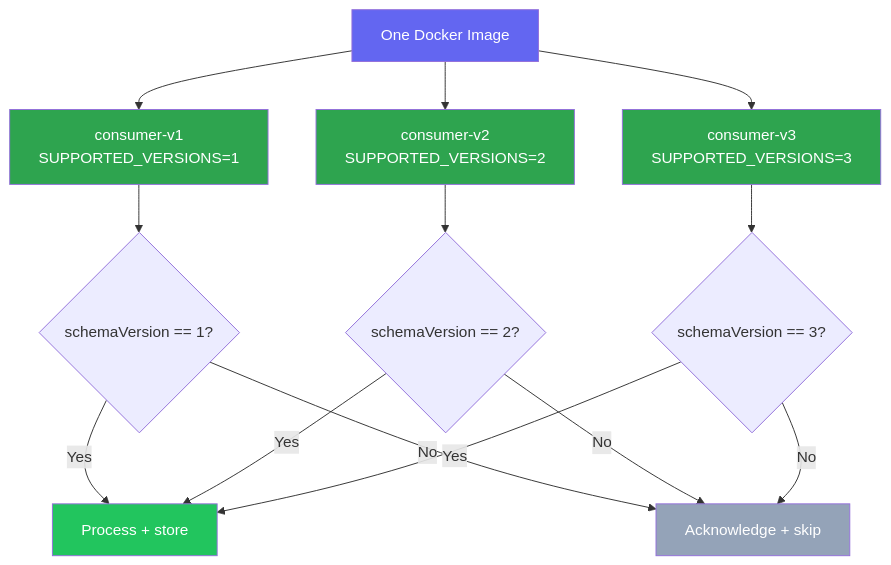
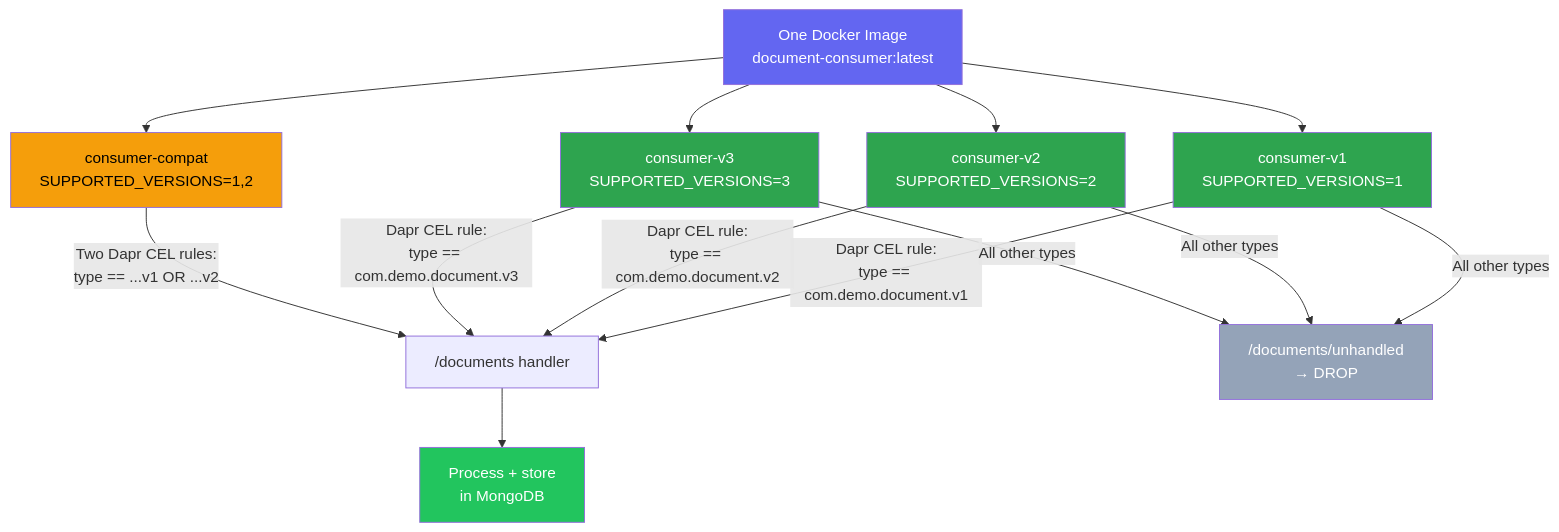
The ninth of 10 diagrams in README.md (righteouslabs/experiments-kubernetes), drawn with Mermaid before and after one commit. The commit also changed other lines of this file and 4 other files, not shown here.

First line of the commit message:
Replace naive filtering with Dapr content-based routing + Schema Registry

````diff
--- a/README.md
+++ b/README.md
@@ -388,24 +485,25 @@
 ```mermaid
 graph TB
-    A["One Docker Image"] --> B["consumer-v1<br/>SUPPORTED_VERSIONS=1"]
+    A["One Docker Image<br/>document-consumer:latest"] --> B["consumer-v1<br/>SUPPORTED_VERSIONS=1"]
     A --> C["consumer-v2<br/>SUPPORTED_VERSIONS=2"]
     A --> D["consumer-v3<br/>SUPPORTED_VERSIONS=3"]
+    A --> BC["consumer-compat<br/>SUPPORTED_VERSIONS=1,2"]
 
-    B --> E{"schemaVersion == 1?"}
-    C --> F{"schemaVersion == 2?"}
-    D --> G{"schemaVersion == 3?"}
+    B --> |"Dapr CEL rule:<br/>type == com.demo.document.v1"| E["/documents handler"]
+    C --> |"Dapr CEL rule:<br/>type == com.demo.document.v2"| E
+    D --> |"Dapr CEL rule:<br/>type == com.demo.document.v3"| E
+    BC --> |"Two Dapr CEL rules:<br/>type == ...v1 OR ...v2"| E
 
-    E -- Yes --> H["Process + store"]
-    E -- No --> I["Acknowledge + skip"]
-    F -- Yes --> H
-    F -- No --> I
-    G -- Yes --> H
-    G -- No --> I
+    E --> F["Process + store<br/>in MongoDB"]
+    B --> |"All other types"| G["/documents/unhandled<br/>→ DROP"]
+    C --> |"All other types"| G
+    D --> |"All other types"| G
 
     style A fill:#6366f1,color:#fff
     style B fill:#2ea44f,color:#fff
     style C fill:#2ea44f,color:#fff
     style D fill:#2ea44f,color:#fff
-    style H fill:#22c55e,color:#fff
-    style I fill:#94a3b8,color:#fff
+    style BC fill:#f59e0b,color:#000
+    style F fill:#22c55e,color:#fff
+    style G fill:#94a3b8,color:#fff
 ```
````
